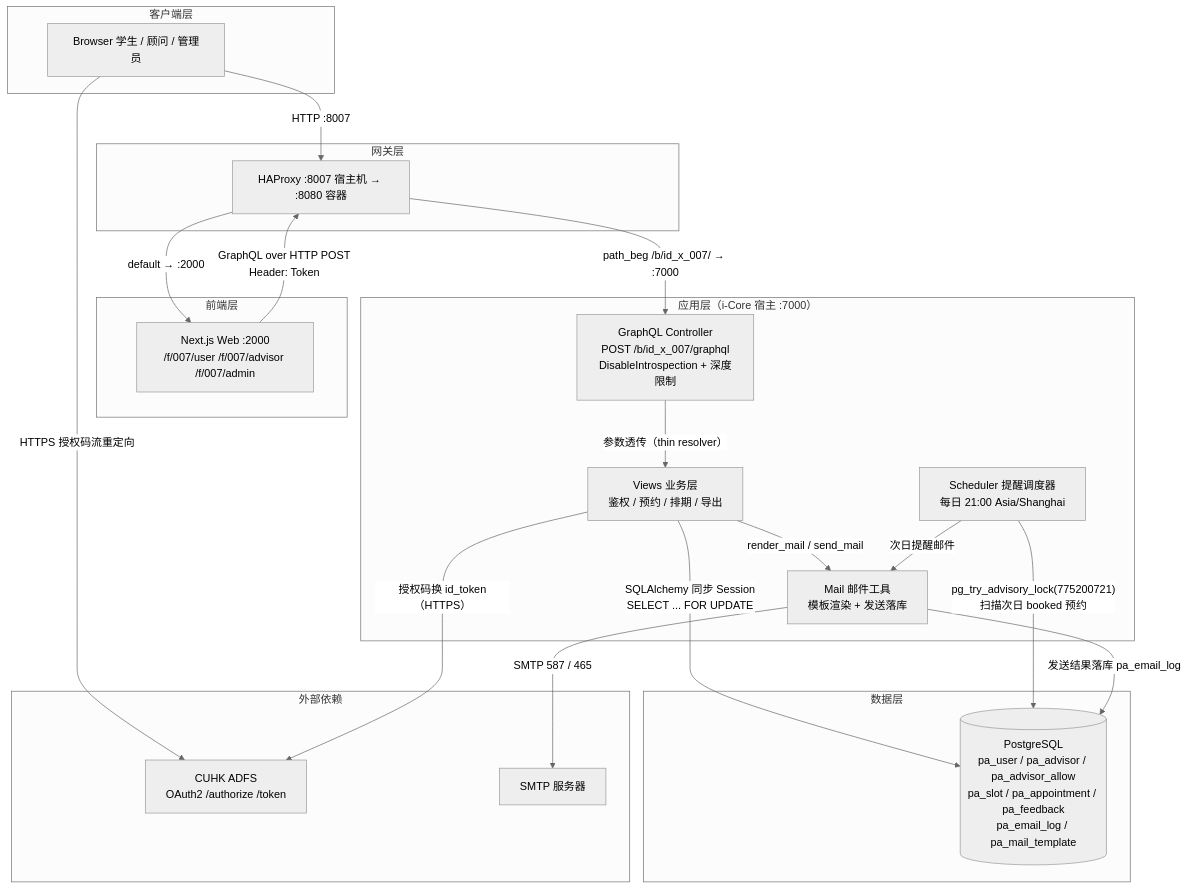
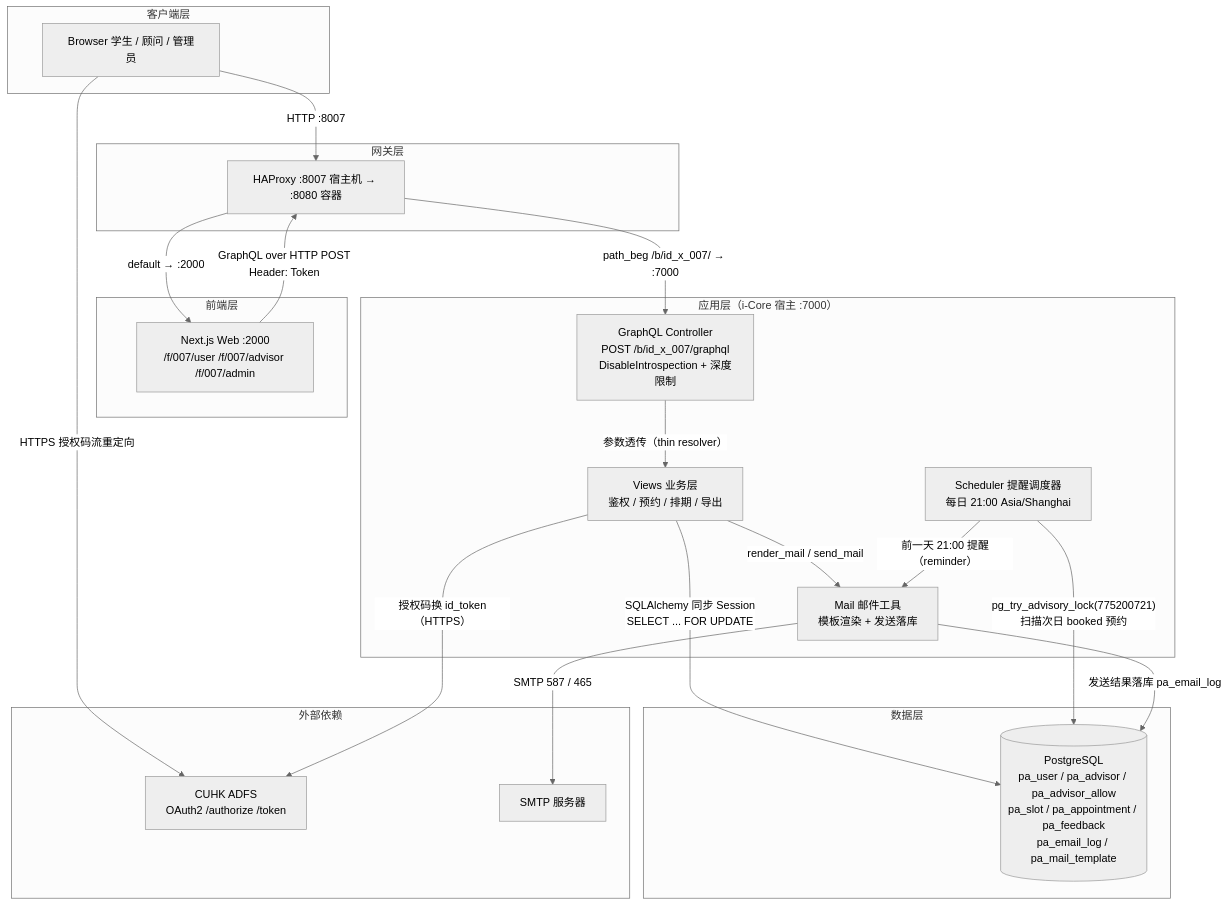
Before and after one commit to i-TorchLabs/id_x_007: the first of 2 diagrams in README.md, drawn with Mermaid (neutral theme). The commit also changed other lines of this file and 37 other files, not shown here.

````diff
--- a/README.md
+++ b/README.md
@@ -63,44 +67,44 @@
 ```mermaid
 graph TD
     subgraph 客户端层
         B[Browser 学生 / 顾问 / 管理员]
     end
 
     subgraph 网关层
         H[HAProxy :8007 宿主机 → :8080 容器]
     end
 
     subgraph 前端层
         W["Next.js Web :2000<br/>/f/007/user /f/007/advisor /f/007/admin"]
     end
 
     subgraph 应用层["应用层（i-Core 宿主 :7000）"]
         GC["GraphQL Controller<br/>POST /b/id_x_007/graphql<br/>DisableIntrospection + 深度限制"]
         V["Views 业务层<br/>鉴权 / 预约 / 排期 / 导出"]
         SCH["Scheduler 提醒调度器<br/>每日 21:00 Asia/Shanghai"]
         MAIL["Mail 邮件工具<br/>模板渲染 + 发送落库"]
     end
 
     subgraph 数据层
         PG[("PostgreSQL<br/>pa_user / pa_advisor / pa_advisor_allow<br/>pa_slot / pa_appointment / pa_feedback<br/>pa_email_log / pa_mail_template")]
     end
 
     subgraph 外部依赖
         ADFS["CUHK ADFS<br/>OAuth2 /authorize /token"]
         SMTP["SMTP 服务器"]
     end
 
     B -- "HTTP :8007" --> H
     H -- "path_beg /b/id_x_007/ → :7000" --> GC
     H -- "default → :2000" --> W
     W -- "GraphQL over HTTP POST<br/>Header: Token" --> H
     B -- "HTTPS 授权码流重定向" --> ADFS
     GC -- "参数透传（thin resolver）" --> V
     V -- "授权码换 id_token（HTTPS）" --> ADFS
     V -- "SQLAlchemy 同步 Session<br/>SELECT ... FOR UPDATE" --> PG
     V -- "render_mail / send_mail" --> MAIL
     SCH -- "pg_try_advisory_lock(775200721)<br/>扫描次日 booked 预约" --> PG
-    SCH -- "次日提醒邮件" --> MAIL
+    SCH -- "前一天 21:00 提醒（reminder）" --> MAIL
     MAIL -- "SMTP 587 / 465" --> SMTP
     MAIL -- "发送结果落库 pa_email_log" --> PG
 ```
````
